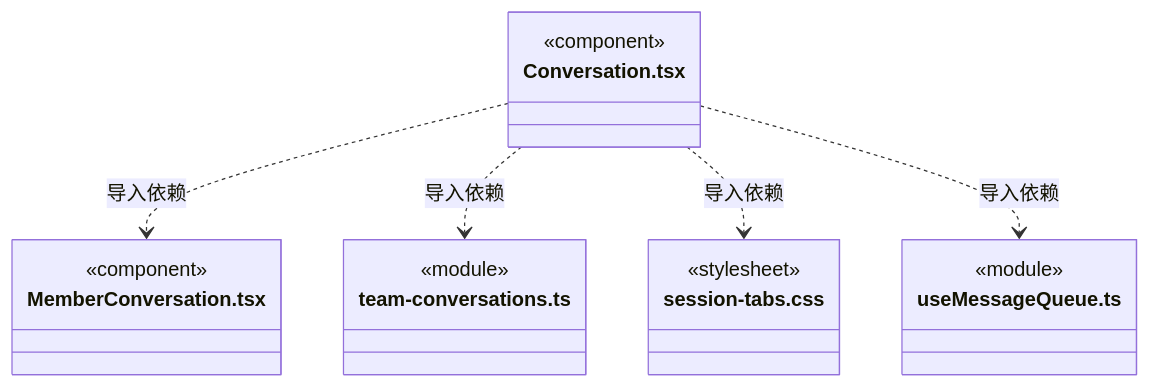
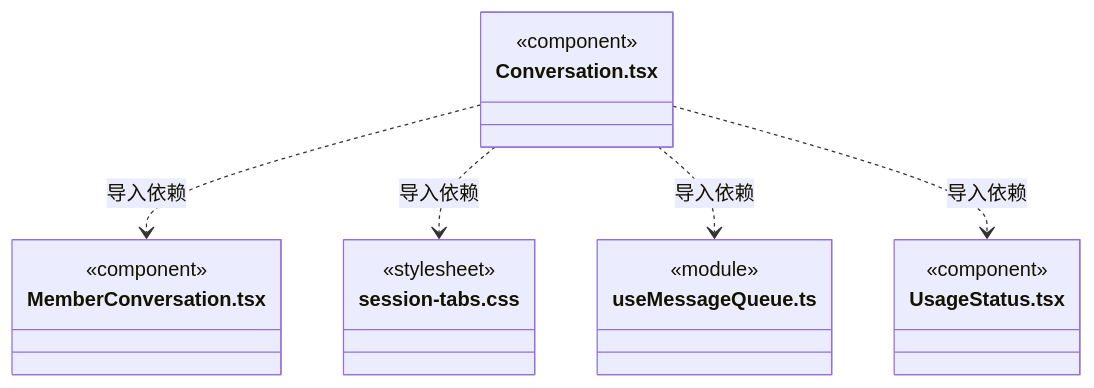
Diagram 43 of 51 in src/view/conversation/ARCHITECTURE.md (nan023062/cbim), drawn with Mermaid before and after one commit. The commit also changed other lines of this file and 29 other files, not shown here.

````diff
--- a/src/view/conversation/ARCHITECTURE.md
+++ b/src/view/conversation/ARCHITECTURE.md
@@ -676,22 +646,22 @@
 ```mermaid
 classDiagram
 class N_src_view_conversation_Conversation_tsx["Conversation.tsx"] {
   <<component>>
 }
 class N_src_view_conversation_MemberConversation_tsx["MemberConversation.tsx"] {
   <<component>>
 }
-class N_src_view_conversation_team_conversations_ts["team-conversations.ts"] {
-  <<module>>
-}
 class N_src_view_conversation_session_tabs_css["session-tabs.css"] {
   <<stylesheet>>
 }
 class N_src_view_conversation_useMessageQueue_ts["useMessageQueue.ts"] {
   <<module>>
 }
+class N_src_view_conversation_UsageStatus_tsx["UsageStatus.tsx"] {
+  <<component>>
+}
 N_src_view_conversation_Conversation_tsx ..> N_src_view_conversation_MemberConversation_tsx : 导入依赖
-N_src_view_conversation_Conversation_tsx ..> N_src_view_conversation_team_conversations_ts : 导入依赖
 N_src_view_conversation_Conversation_tsx ..> N_src_view_conversation_session_tabs_css : 导入依赖
 N_src_view_conversation_Conversation_tsx ..> N_src_view_conversation_useMessageQueue_ts : 导入依赖
+N_src_view_conversation_Conversation_tsx ..> N_src_view_conversation_UsageStatus_tsx : 导入依赖
 ```
````
